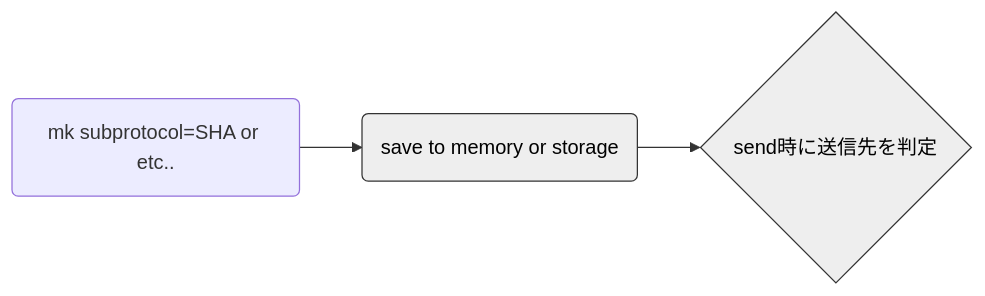
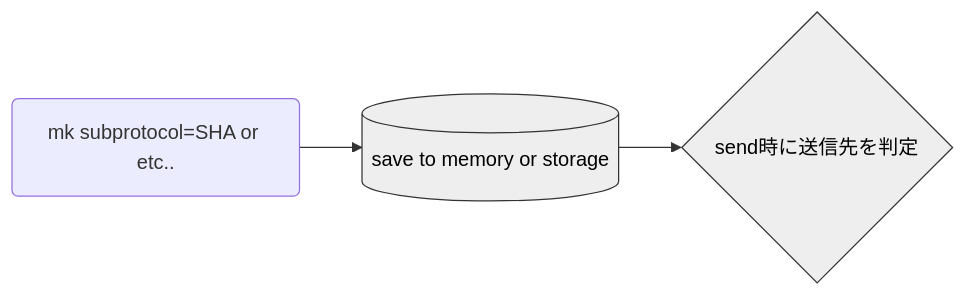
The third of 3 diagrams in README.md (toshirot/w2w), drawn with Mermaid before and after one commit.

````diff
--- a/README.md
+++ b/README.md
@@ -151,14 +151,14 @@
 ```mermaid
 flowchart LR
 
 
     %%mk_id_1
         single_type2c(mk subprotocol=SHA or etc..) 
-     
-        single_type2s(save to memory or storage):::class_server
-            single_type2c --> single_type2s
-            single_type2s --> A{"send時に送信先を判定"}:::class_server
+        db1[(save to memory or storage)]
+        %%single_type2s(save to memory or storage):::class_server
+            single_type2c --> db1:::class_server
+            db1 --> A{"send時に送信先を判定"}:::class_server
 
 classDef class_server fill:#eee,color:#000,stroke:#333
 classDef class_text fill:#fff,color:#000,stroke:#fff
 ```
````
